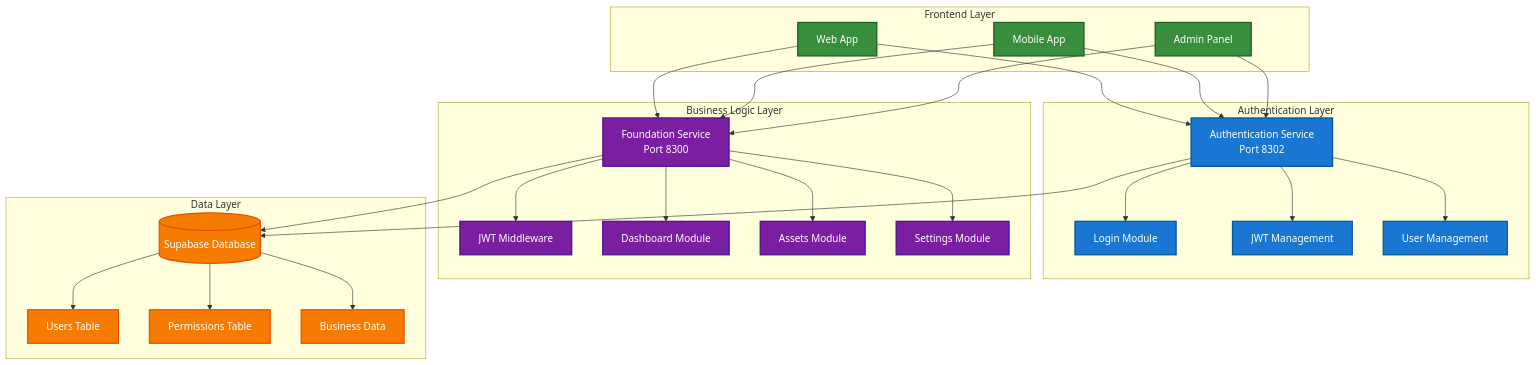
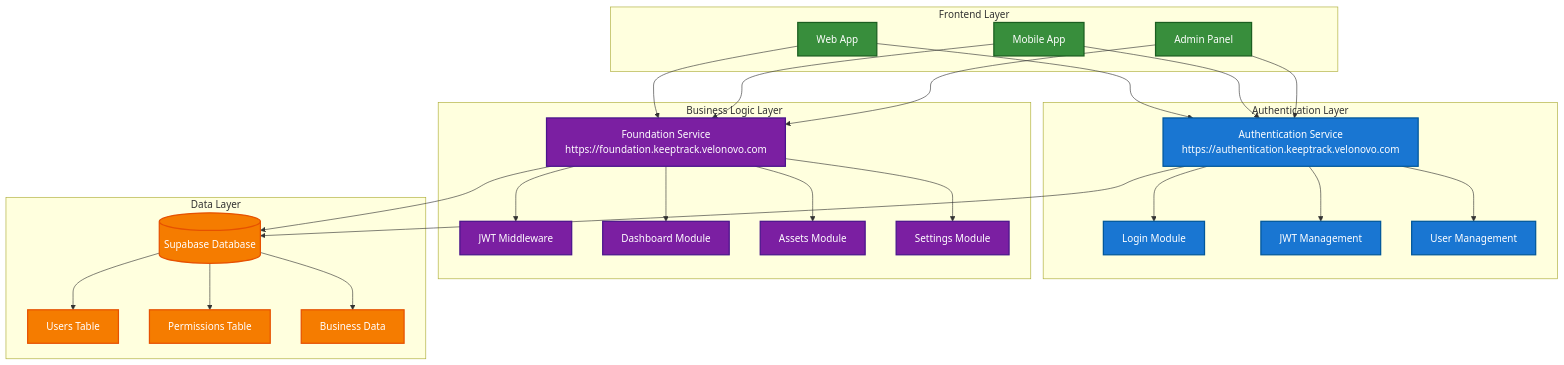
Before and after one commit to keeptracknepal/documentation: the third of 6 diagrams in workflow/authentication/process-flow.md, drawn with Mermaid. The commit also changed other lines of this file, not shown here.

````diff
--- a/workflow/authentication/process-flow.md
+++ b/workflow/authentication/process-flow.md
@@ -104,66 +104,66 @@
 ```mermaid
 graph TB
     subgraph "Frontend Layer"
         WA[Web App]
         MA[Mobile App]
         AP[Admin Panel]
     end
     
     subgraph "Authentication Layer"
-        AS[Authentication Service<br/>Port 8302]
+        AS[Authentication Service<br/>https://authentication.keeptrack.velonovo.com]
         AS1[Login Module]
         AS2[JWT Management]
         AS3[User Management]
     end
     
     subgraph "Business Logic Layer"
-        FS[Foundation Service<br/>Port 8300]
+        FS[Foundation Service<br/>https://foundation.keeptrack.velonovo.com]
         FS1[JWT Middleware]
         FS2[Dashboard Module]
         FS3[Assets Module]
         FS4[Settings Module]
     end
     
     subgraph "Data Layer"
         DB[(Supabase Database)]
         T1[Users Table]
         T2[Permissions Table]
         T3[Business Data]
     end
     
     %% Connections
     WA --> AS
     MA --> AS
     AP --> AS
     
     WA --> FS
     MA --> FS
     AP --> FS
     
     AS --> AS1
     AS --> AS2
     AS --> AS3
     
     FS --> FS1
     FS --> FS2
     FS --> FS3
     FS --> FS4
     
     AS --> DB
     FS --> DB
     
     DB --> T1
     DB --> T2
     DB --> T3
     
     %% Styling
     classDef frontend fill:#388e3c,stroke:#1b5e20,stroke-width:2px,color:#ffffff
     classDef auth fill:#1976d2,stroke:#01579b,stroke-width:2px,color:#ffffff
     classDef foundation fill:#7b1fa2,stroke:#4a148c,stroke-width:2px,color:#ffffff
     classDef database fill:#f57c00,stroke:#e65100,stroke-width:2px,color:#ffffff
     
     class WA,MA,AP frontend
     class AS,AS1,AS2,AS3 auth
     class FS,FS1,FS2,FS3,FS4 foundation
     class DB,T1,T2,T3 database
 ```
````
